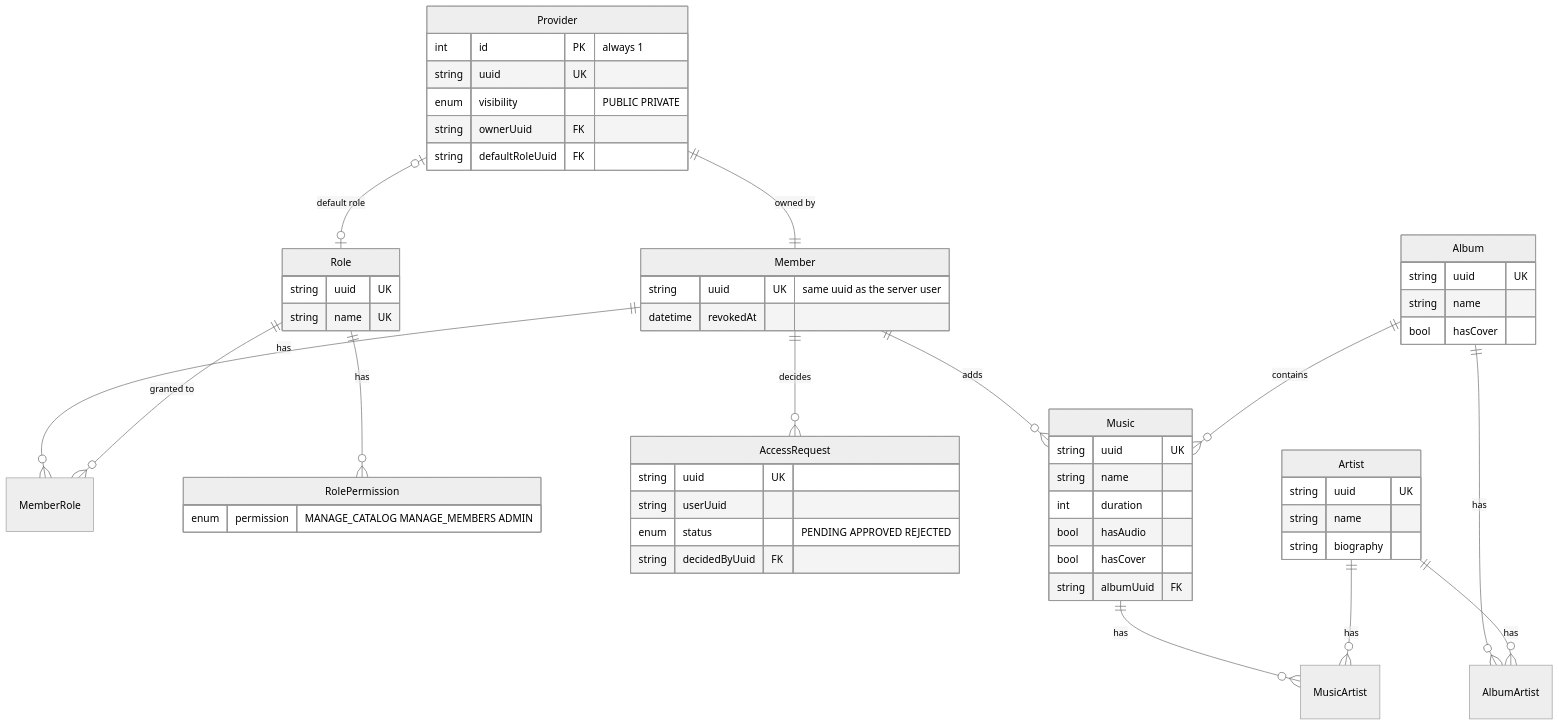
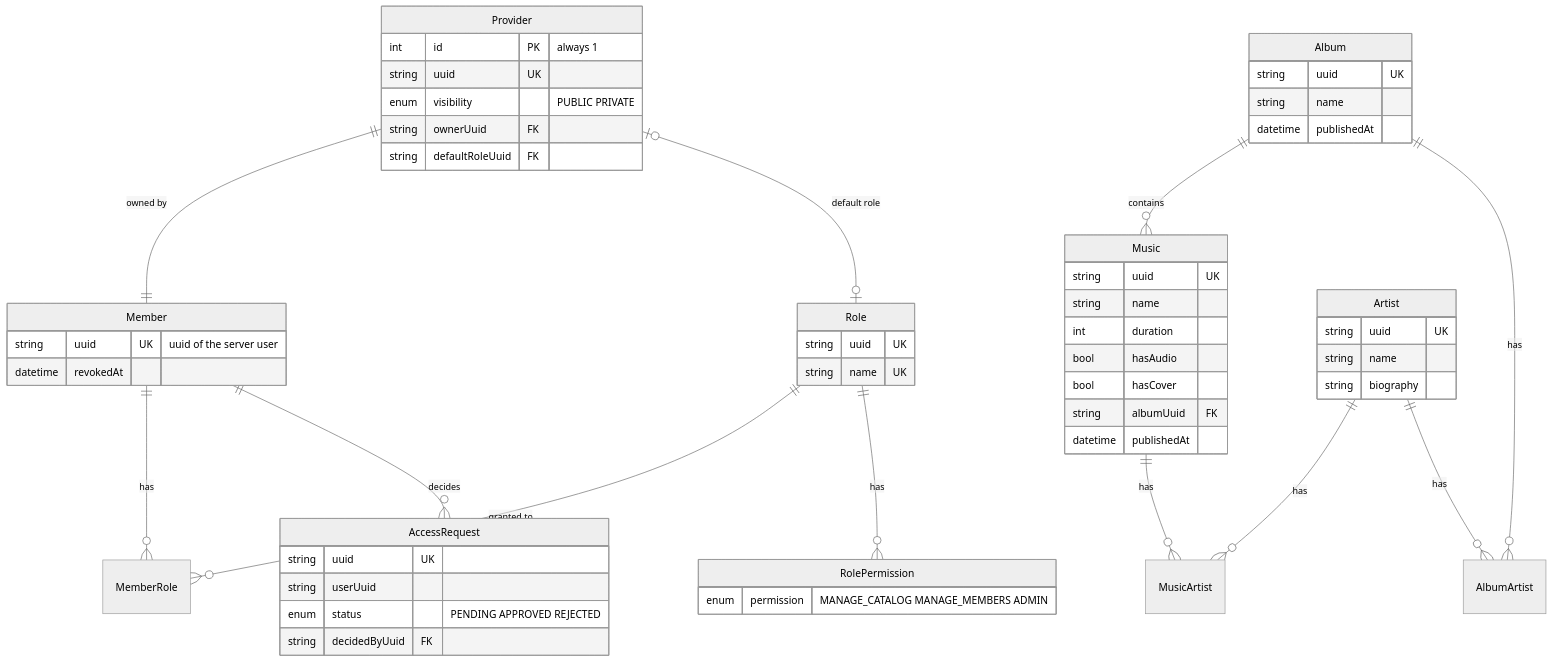
One commit to saumon-brule/ft_transcendence changed the second of 2 diagrams in README.md. Above: the diagram before and after it, drawn with Mermaid (neutral theme). The commit also changed other lines of this file, not shown here.

````diff
--- a/README.md
+++ b/README.md
@@ -257,58 +222,58 @@
 ```mermaid
 erDiagram
     Provider ||--|| Member : "owned by"
     Provider |o--o| Role : "default role"
     Member ||--o{ MemberRole : has
     Role ||--o{ MemberRole : "granted to"
     Role ||--o{ RolePermission : has
     Member ||--o{ AccessRequest : decides
-    Member ||--o{ Music : adds
+    Album ||--o{ Music : contains
     Music ||--o{ MusicArtist : has
     Artist ||--o{ MusicArtist : has
     Album ||--o{ AlbumArtist : has
     Artist ||--o{ AlbumArtist : has
-    Album ||--o{ Music : contains
 
     Provider {
         int id PK "always 1"
         string uuid UK
         enum visibility "PUBLIC PRIVATE"
         string ownerUuid FK
         string defaultRoleUuid FK
     }
     Member {
-        string uuid UK "same uuid as the server user"
+        string uuid UK "uuid of the server user"
         datetime revokedAt
     }
     AccessRequest {
         string uuid UK
         string userUuid
         enum status "PENDING APPROVED REJECTED"
         string decidedByUuid FK
     }
     Role {
         string uuid UK
         string name UK
     }
     RolePermission {
         enum permission "MANAGE_CATALOG MANAGE_MEMBERS ADMIN"
     }
     Music {
         string uuid UK
         string name
         int duration
         bool hasAudio
         bool hasCover
         string albumUuid FK
+        datetime publishedAt
     }
     Artist {
         string uuid UK
         string name
         string biography
     }
     Album {
         string uuid UK
         string name
-        bool hasCover
+        datetime publishedAt
     }
 ```
````
